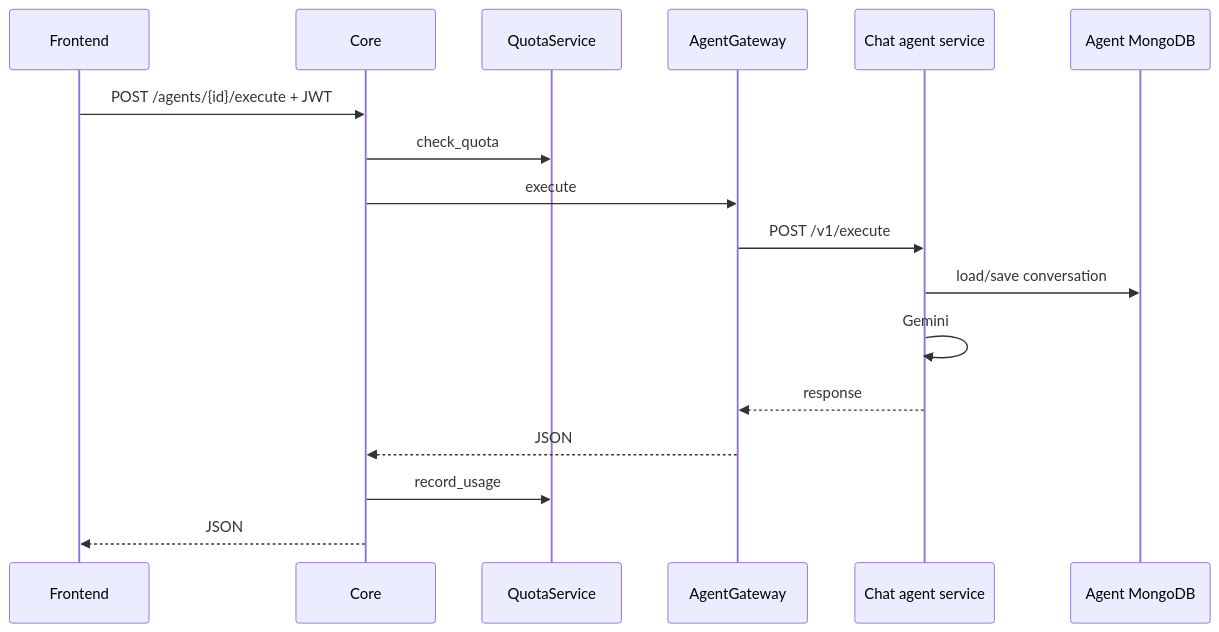
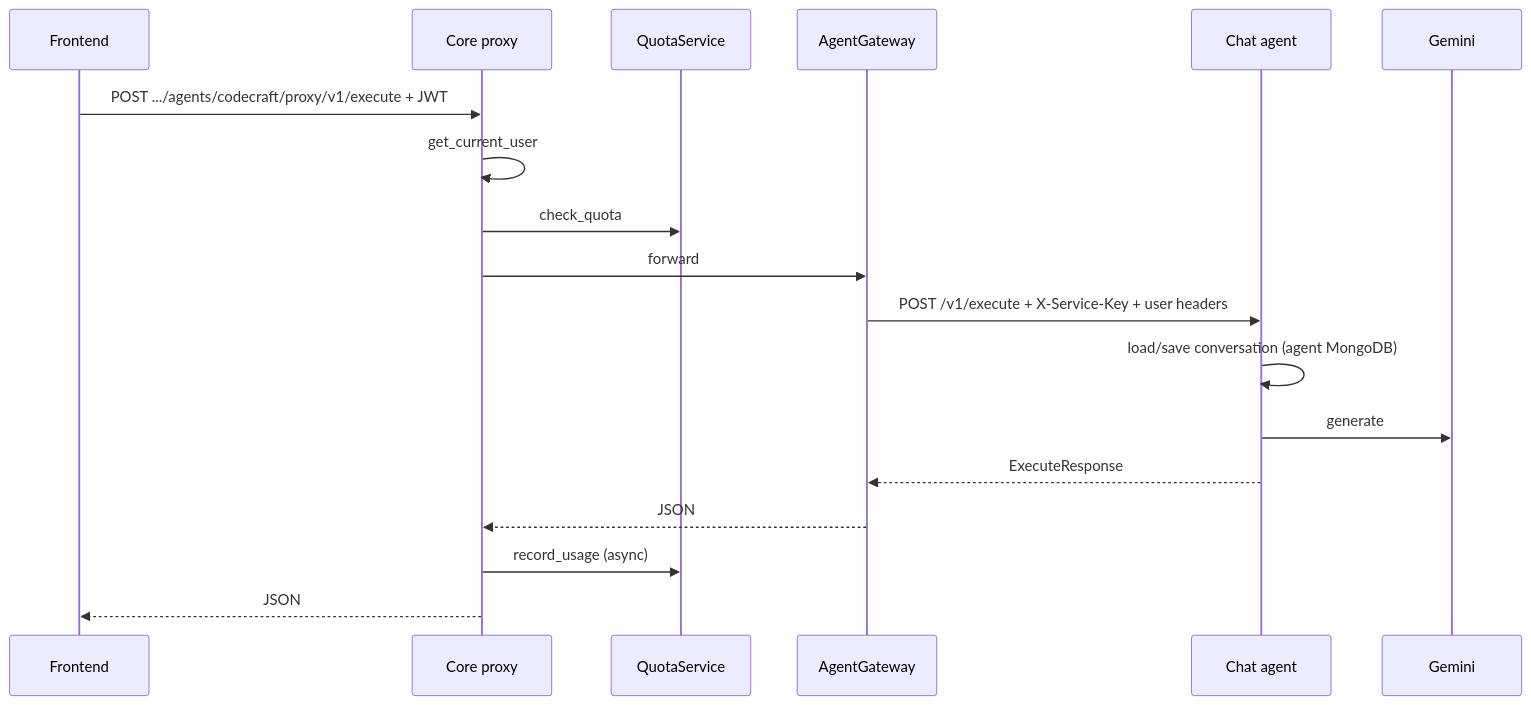
The fourth of 5 diagrams in Architecture.md (amanky01/minds_qubit), drawn with Mermaid before and after one commit. The commit also changed other lines of this file and 20 other files, not shown here.

````diff
--- a/Architecture.md
+++ b/Architecture.md
@@ -163,20 +423,21 @@
 ```mermaid
 sequenceDiagram
     participant FE as Frontend
-    participant API as Core
+    participant API as Core proxy
     participant Q as QuotaService
-    participant G as AgentGateway
-    participant AG as Chat agent service
-    participant DB as Agent MongoDB
+    participant GW as AgentGateway
+    participant AG as Chat agent
+    participant G as Gemini
 
-    FE->>API: POST /agents/{id}/execute + JWT
+    FE->>API: POST .../agents/codecraft/proxy/v1/execute + JWT
+    API->>API: get_current_user
     API->>Q: check_quota
-    API->>G: execute
-    G->>AG: POST /v1/execute
-    AG->>DB: load/save conversation
-    AG->>AG: Gemini
-    AG-->>G: response
-    G-->>API: JSON
-    API->>Q: record_usage
+    API->>GW: forward
+    GW->>AG: POST /v1/execute + X-Service-Key + user headers
+    AG->>AG: load/save conversation (agent MongoDB)
+    AG->>G: generate
+    AG-->>GW: ExecuteResponse
+    GW-->>API: JSON
+    API->>Q: record_usage (async)
     API-->>FE: JSON
 ```
````
